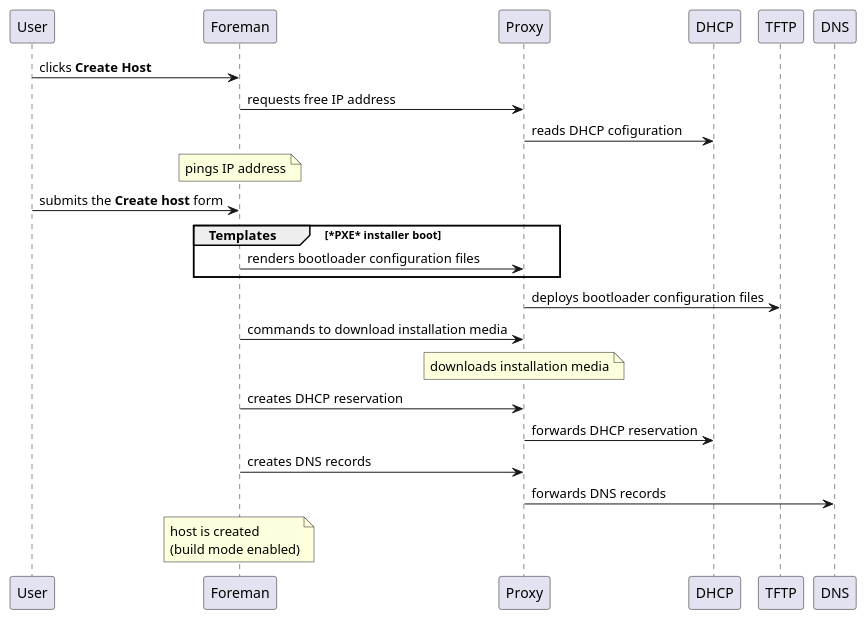
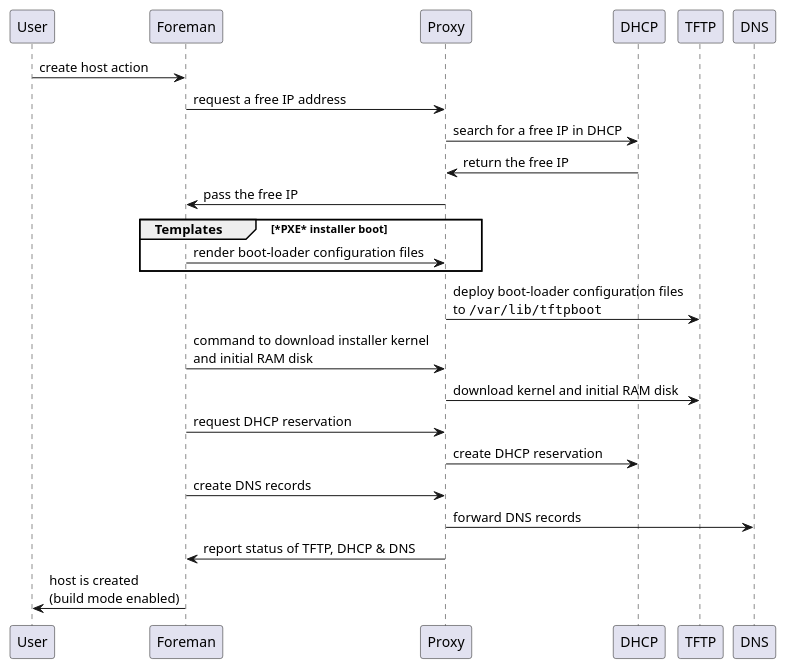
Before and after one commit to theforeman/foreman-documentation: the diagram in guides/image-sources/prov-create-host-pxe.iuml, drawn with PlantUML. The commit also changed 5 other files, not shown here.

```diff
--- a/guides/image-sources/prov-create-host-pxe.iuml
+++ b/guides/image-sources/prov-create-host-pxe.iuml
@@ -1,16 +1,17 @@
-User -> Foreman : clicks **Create Host**
-Foreman -> Proxy : requests free IP address
-Proxy -> DHCP : reads DHCP cofiguration
-note over Foreman : pings IP address
-User -> Foreman : submits the **Create host** form
+User -> Foreman : create host action
+Foreman -> Proxy : request a free IP address
+Proxy -> DHCP : search for a free IP in DHCP
+DHCP -> Proxy : return the free IP
+Proxy -> Foreman : pass the free IP
 group Templates [*PXE* installer boot]
-    Foreman -> Proxy : renders bootloader configuration files
+    Foreman -> Proxy : render boot-loader configuration files
 end
-Proxy -> TFTP : deploys bootloader configuration files
-Foreman -> Proxy : commands to download installation media
-note over Proxy : downloads installation media
-Foreman -> Proxy : creates DHCP reservation
-Proxy -> DHCP : forwards DHCP reservation
-Foreman -> Proxy : creates DNS records
-Proxy -> DNS : forwards DNS records
-note over Foreman : host is created\n(build mode enabled)
+Proxy -> TFTP : deploy boot-loader configuration files\nto ""/var/lib/tftpboot""
+Foreman -> Proxy : command to download installer kernel\nand initial RAM disk
+Proxy -> TFTP : download kernel and initial RAM disk
+Foreman -> Proxy : request DHCP reservation
+Proxy -> DHCP : create DHCP reservation
+Foreman -> Proxy : create DNS records
+Proxy -> DNS : forward DNS records
+Proxy -> Foreman : report status of TFTP, DHCP & DNS
+Foreman -> User : host is created\n(build mode enabled)
```
